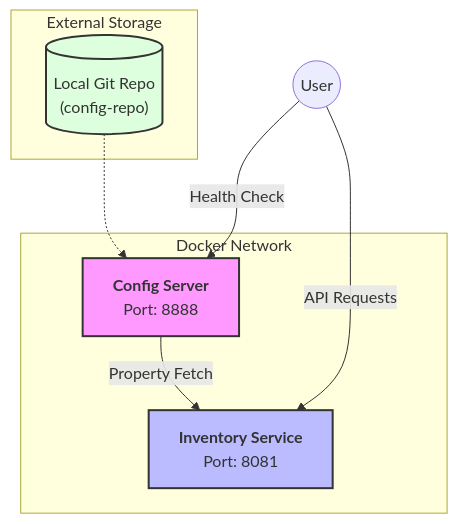
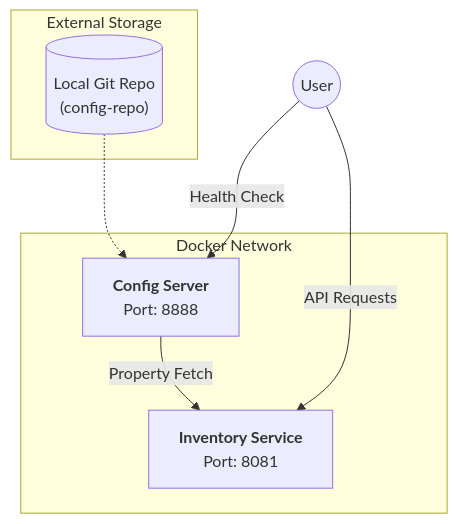
The diagram in Readme.md (sirinethikonda/Centralized-Configuration-Service-with-Spring-Cloud-Config), drawn with Mermaid before and after one commit.

````diff
--- a/Readme.md
+++ b/Readme.md
@@ -15,22 +15,18 @@
 ```mermaid
 graph TD
     subgraph "External Storage"
         Repo[("Local Git Repo<br/>(config-repo)")]
     end
 
     subgraph "Docker Network"
         CS["<b>Config Server</b><br/>Port: 8888"]
         IS["<b>Inventory Service</b><br/>Port: 8081"]
     end
 
     User((User))
 
     Repo -.-> CS
     CS -- "Property Fetch" --> IS
     User -- "API Requests" --> IS
     User -- "Health Check" --> CS
-    
-    style CS fill:#f9f,stroke:#333,stroke-width:2px
-    style IS fill:#bbf,stroke:#333,stroke-width:2px
-    style Repo fill:#dfd,stroke:#333,stroke-width:2px
 ```
````
